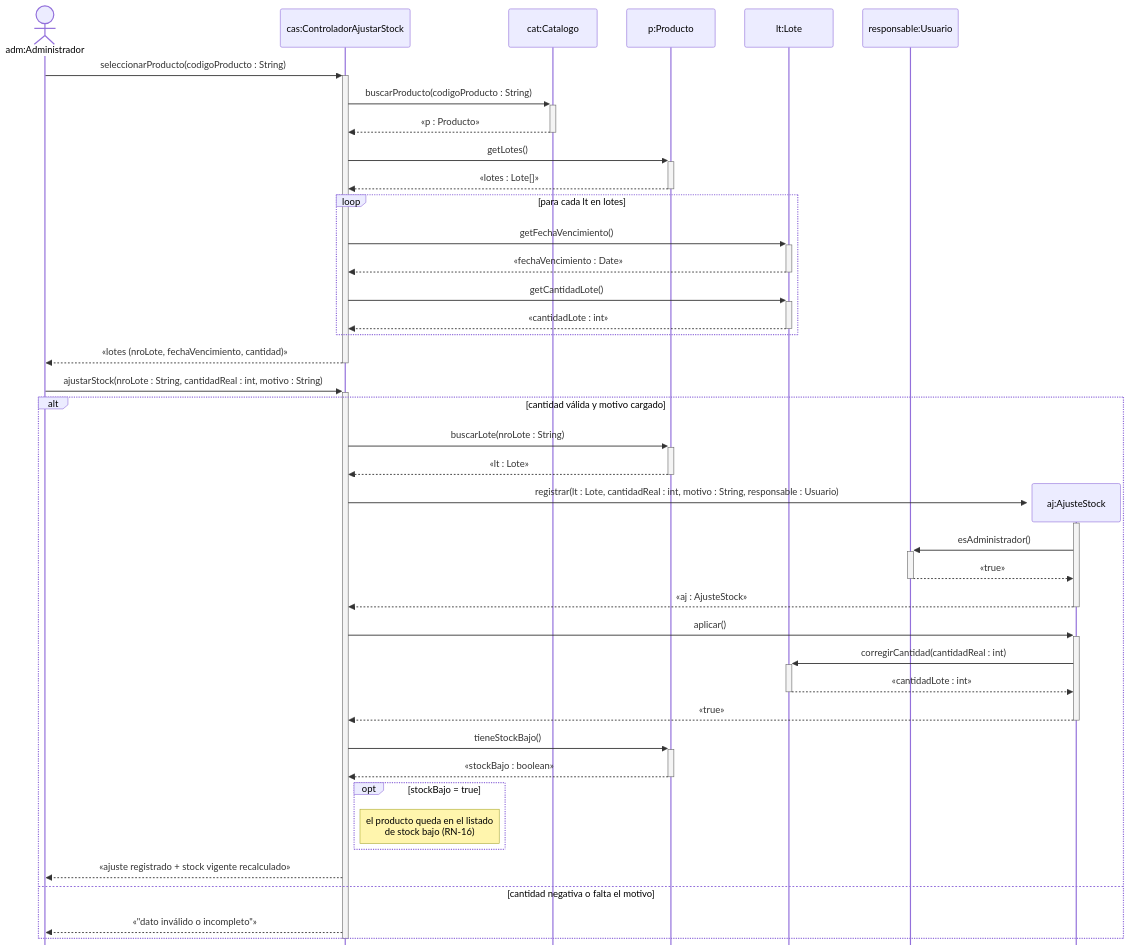
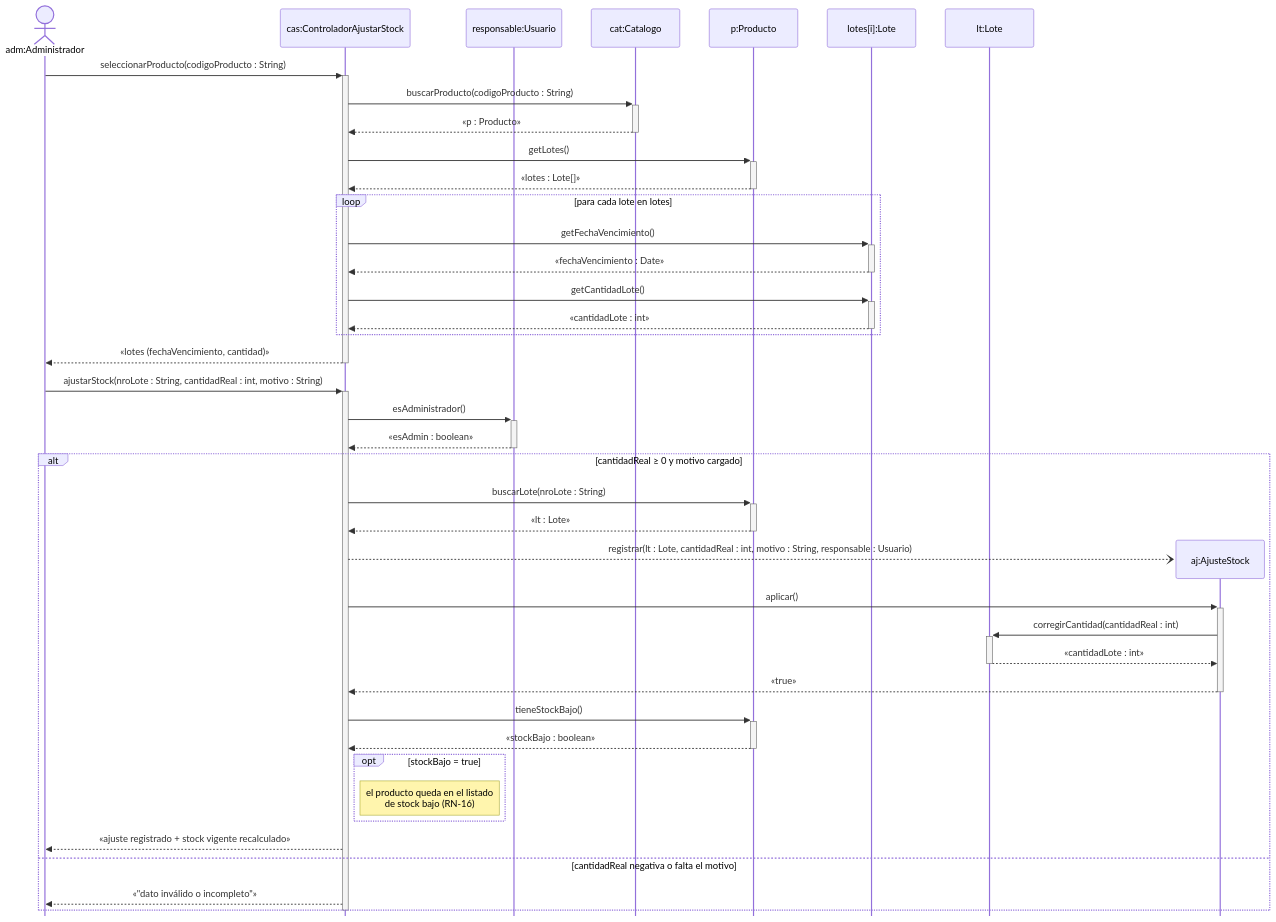
One commit to cirotop/Stock-Project changed the ninth of 12 diagrams in 08-Diagrama De Secuencia/Diagramas_de_Secuencia.md. Above: the diagram before and after it, drawn with Mermaid. The commit also changed other lines of this file, not shown here.

````diff
--- a/08-Diagrama De Secuencia/Diagramas_de_Secuencia.md
+++ b/08-Diagrama De Secuencia/Diagramas_de_Secuencia.md
@@ -286,47 +322,47 @@
 ```mermaid
 %%{init: {"sequence": {"mirrorActors": false}, "themeCSS": ".loopLine { stroke-dasharray: none !important; stroke-width: 1.5px !important; }"}}%%
 sequenceDiagram
     actor adm as adm:Administrador
     participant cas as cas:ControladorAjustarStock
+    participant resp as responsable:Usuario
     participant cat as cat:Catalogo
     participant p as p:Producto
+    participant li as lotes[i]:Lote
     participant lt as lt:Lote
-    participant resp as responsable:Usuario
 
     adm->>+cas: seleccionarProducto(codigoProducto : String)
     cas->>+cat: buscarProducto(codigoProducto : String)
     cat-->>-cas: «p : Producto»
     cas->>+p: getLotes()
     p-->>-cas: «lotes : Lote[]»
-    loop para cada lt en lotes
-        cas->>+lt: getFechaVencimiento()
-        lt-->>-cas: «fechaVencimiento : Date»
-        cas->>+lt: getCantidadLote()
-        lt-->>-cas: «cantidadLote : int»
+    loop para cada lote en lotes
+        cas->>+li: getFechaVencimiento()
+        li-->>-cas: «fechaVencimiento : Date»
+        cas->>+li: getCantidadLote()
+        li-->>-cas: «cantidadLote : int»
     end
-    cas-->>-adm: «lotes (nroLote, fechaVencimiento, cantidad)»
+    cas-->>-adm: «lotes (fechaVencimiento, cantidad)»
 
     adm->>+cas: ajustarStock(nroLote : String, cantidadReal : int, motivo : String)
-    alt cantidad válida y motivo cargado
+    cas->>+resp: esAdministrador()
+    resp-->>-cas: «esAdmin : boolean»
+    alt cantidadReal ≥ 0 y motivo cargado
         cas->>+p: buscarLote(nroLote : String)
         p-->>-cas: «lt : Lote»
         create participant aj as aj:AjusteStock
-        cas->>+aj: registrar(lt : Lote, cantidadReal : int, motivo : String, responsable : Usuario)
-        aj->>+resp: esAdministrador()
-        resp-->>-aj: «true»
-        aj-->>-cas: «aj : AjusteStock»
+        cas--)aj: registrar(lt : Lote, cantidadReal : int, motivo : String, responsable : Usuario)
         cas->>+aj: aplicar()
         aj->>+lt: corregirCantidad(cantidadReal : int)
         lt-->>-aj: «cantidadLote : int»
         aj-->>-cas: «true»
         cas->>+p: tieneStockBajo()
         p-->>-cas: «stockBajo : boolean»
         opt stockBajo = true
             Note right of cas: el producto queda en el listado<br/>de stock bajo (RN-16)
         end
         cas-->>adm: «ajuste registrado + stock vigente recalculado»
-    else cantidad negativa o falta el motivo
+    else cantidadReal negativa o falta el motivo
         cas-->>adm: «"dato inválido o incompleto"»
     end
     deactivate cas
 ```
````
